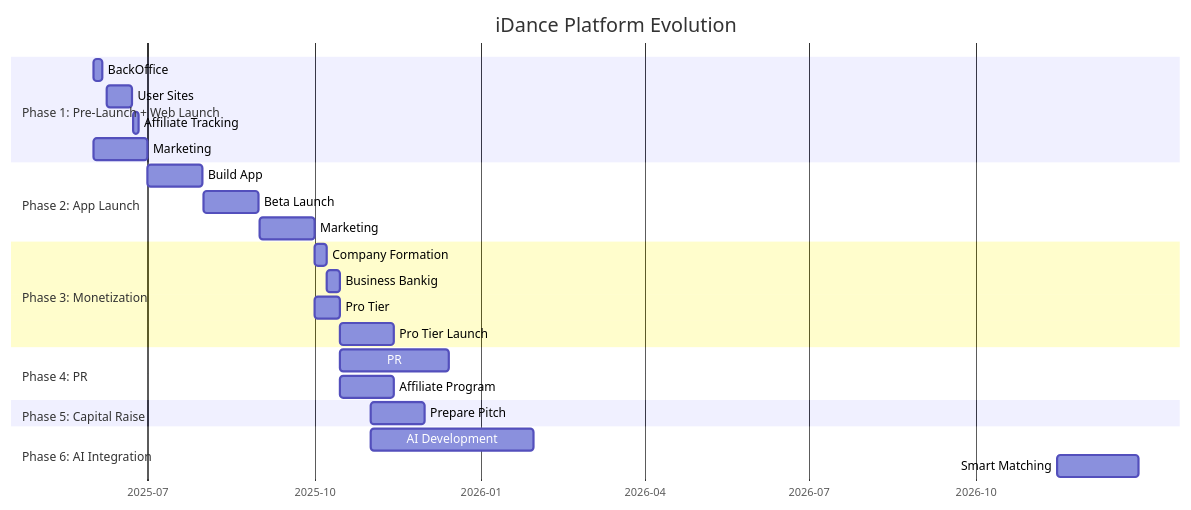
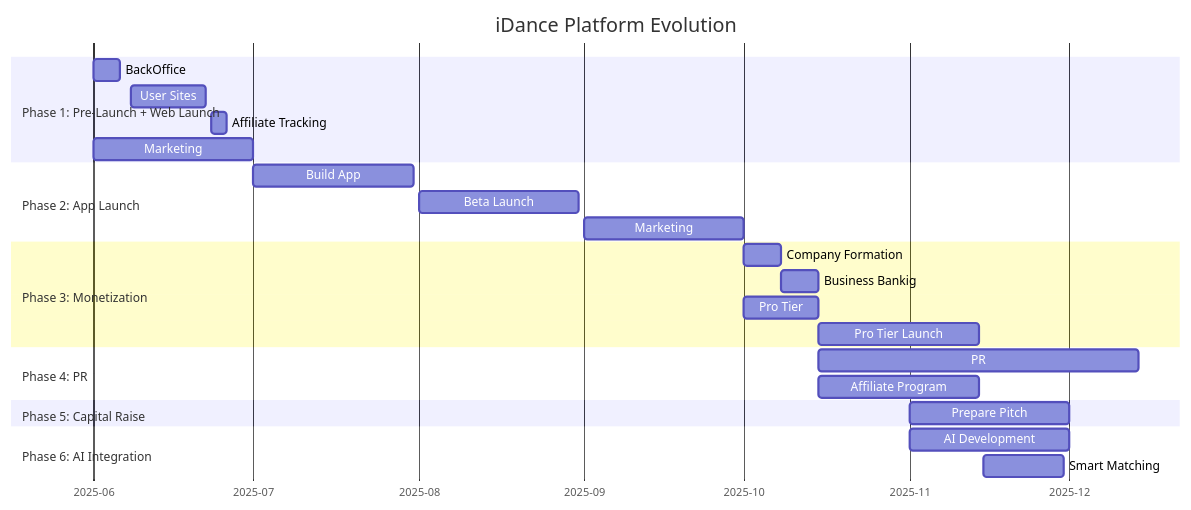
Before and after one commit to i-live/idance-backend: the diagram in roadmap.md, drawn with Mermaid.

Commit message:
roadmap revamped

````diff
--- a/roadmap.md
+++ b/roadmap.md
@@ -5,34 +5,34 @@
 ```mermaid
 gantt
     title iDance Platform Evolution
     dateFormat YYYY-MM-DD
     axisFormat %Y-%m
     
     section Phase 1: Pre-Launch + Web Launch
     BackOffice  :2025-06-01, 5d
     User Sites    :2025-06-08, 14d
     Affiliate Tracking     :2025-06-23, 3d
     Marketing      :2025-06-01, 30d
     
     section Phase 2: App Launch
     Build App   :2025-07-01, 30d
     Beta Launch     :2025-08-01, 30d
     Marketing    :2025-09-01, 30d
 
     section Phase 3: Monetization
     Company Formation    :2025-10-01, 7d
     Business Bankig    :2025-10-08, 7d
     Pro Tier    :2025-10-01, 14d
     Pro Tier Launch       :2025-10-15, 30d
     
     section Phase 4: PR
     PR      :2025-10-15, 60d
     Affiliate Program    :2025-10-15, 30d
     
     section Phase 5: Capital Raise
     Prepare Pitch    :2025-11-01, 30d
     
     section Phase 6: AI Integration
-    AI Development    :2025-11-01, 90d
-    Smart Matching    :2026-11-15, 45d
+    AI Development    :2025-11-01, 30d
+    Smart Matching    :2025-11-15, 15d
 ```
````
